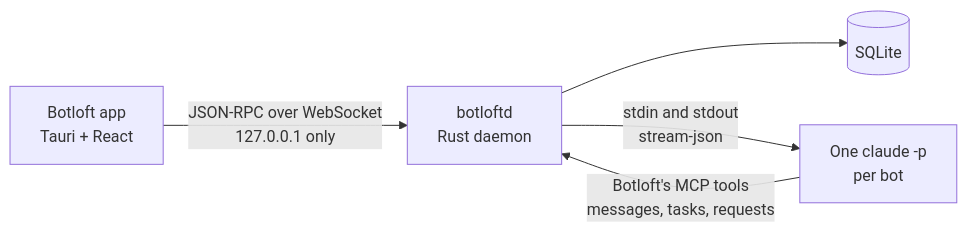
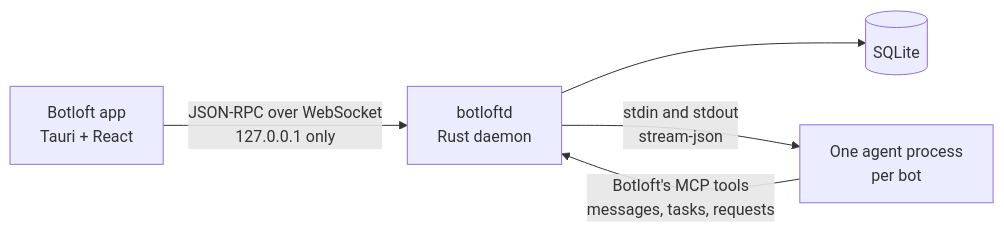
Before and after one commit to httpsphl/botloft: the diagram in README.md, drawn with Mermaid. The commit also changed other lines of this file and 35 other files, not shown here.

````diff
--- a/README.md
+++ b/README.md
@@ -111,7 +128,7 @@
 ```mermaid
 flowchart LR
   app["Botloft app<br/>Tauri + React"] -- "JSON-RPC over WebSocket<br/>127.0.0.1 only" --> daemon["botloftd<br/>Rust daemon"]
   daemon --> db[("SQLite")]
-  daemon -- "stdin and stdout<br/>stream-json" --> bots["One claude -p<br/>per bot"]
+  daemon -- "stdin and stdout<br/>stream-json" --> bots["One agent process<br/>per bot"]
   bots -- "Botloft's MCP tools<br/>messages, tasks, requests" --> daemon
 ```
````
